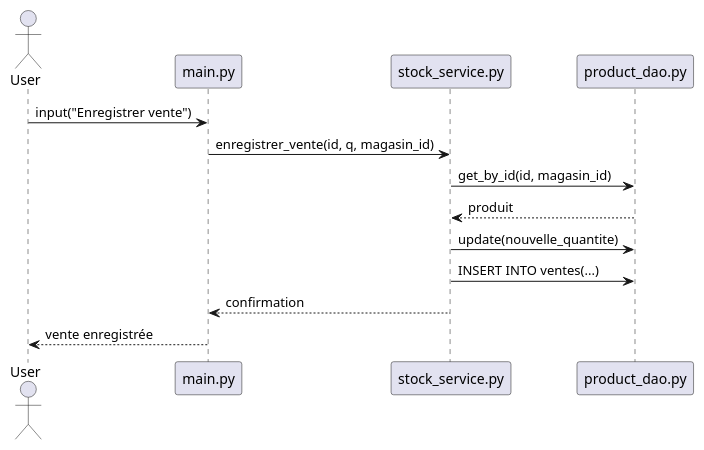
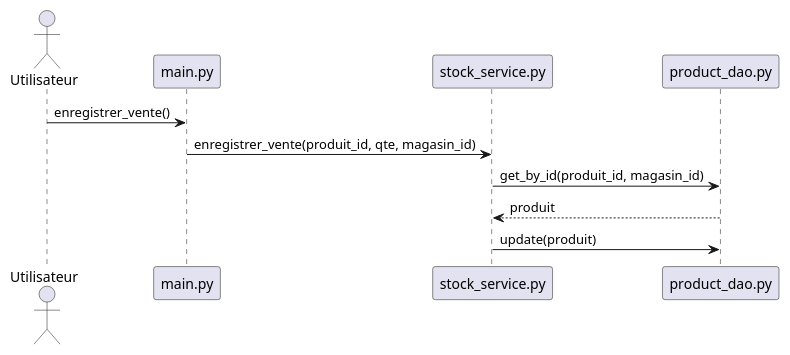
Before and after one commit to Ludo67/LOG430-Lab0: the diagram in docs/UML/sequence_diagrams/enregistrer_vente.puml, drawn with PlantUML. The commit also changed 38 other files, not shown here.

```diff
--- a/docs/UML/sequence_diagrams/enregistrer_vente.puml
+++ b/docs/UML/sequence_diagrams/enregistrer_vente.puml
@@ -1,15 +1,12 @@
 @startuml sequence_diagram_vente
-actor User
+actor Utilisateur
 participant "main.py" as Main
-participant "stock_service.py" as Stock
-participant "product_dao.py" as DAO
+participant "stock_service.py" as StockService
+participant "product_dao.py" as ProduitDAO
 
-User -> Main : input("Enregistrer vente")
-Main -> Stock : enregistrer_vente(id, q, magasin_id)
-Stock -> DAO : get_by_id(id, magasin_id)
-DAO --> Stock : produit
-Stock -> DAO : update(nouvelle_quantite)
-Stock -> DAO : INSERT INTO ventes(...)
-Stock --> Main : confirmation
-Main --> User : vente enregistrée
+Utilisateur -> Main : enregistrer_vente()
+Main -> StockService : enregistrer_vente(produit_id, qte, magasin_id)
+StockService -> ProduitDAO : get_by_id(produit_id, magasin_id)
+ProduitDAO --> StockService : produit
+StockService -> ProduitDAO : update(produit)
 @enduml
```
